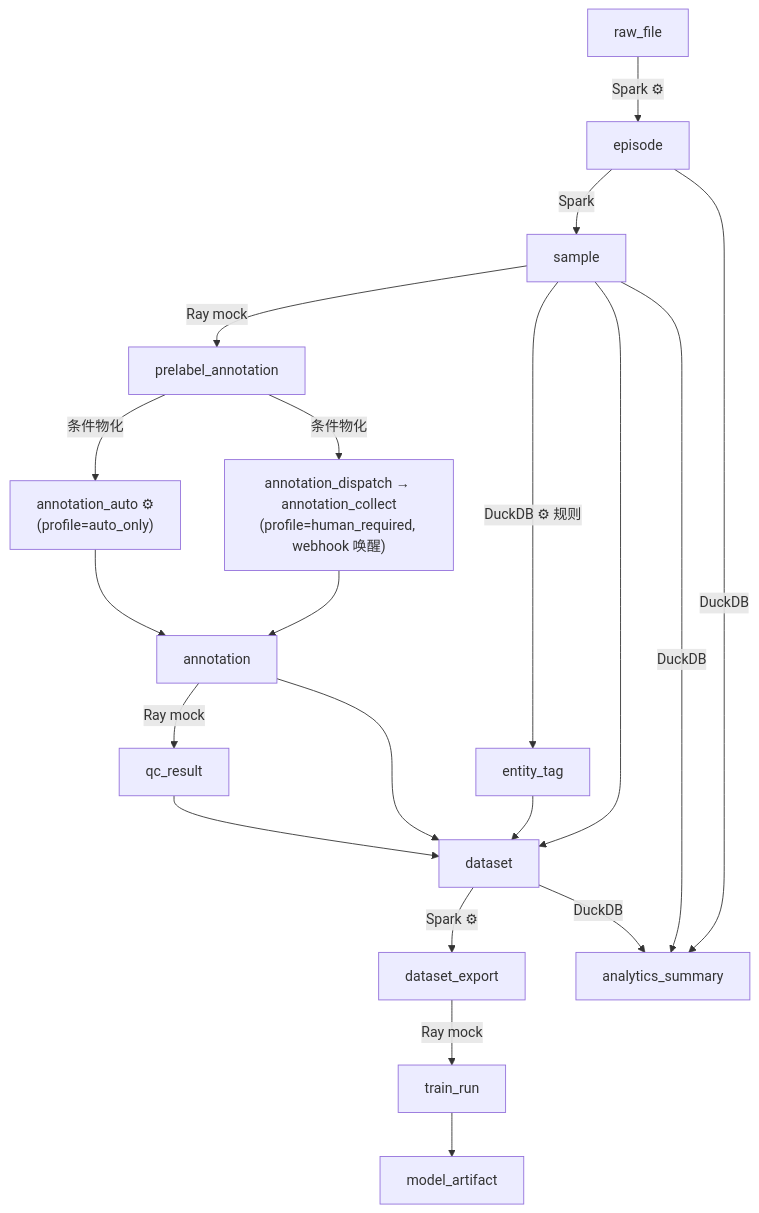
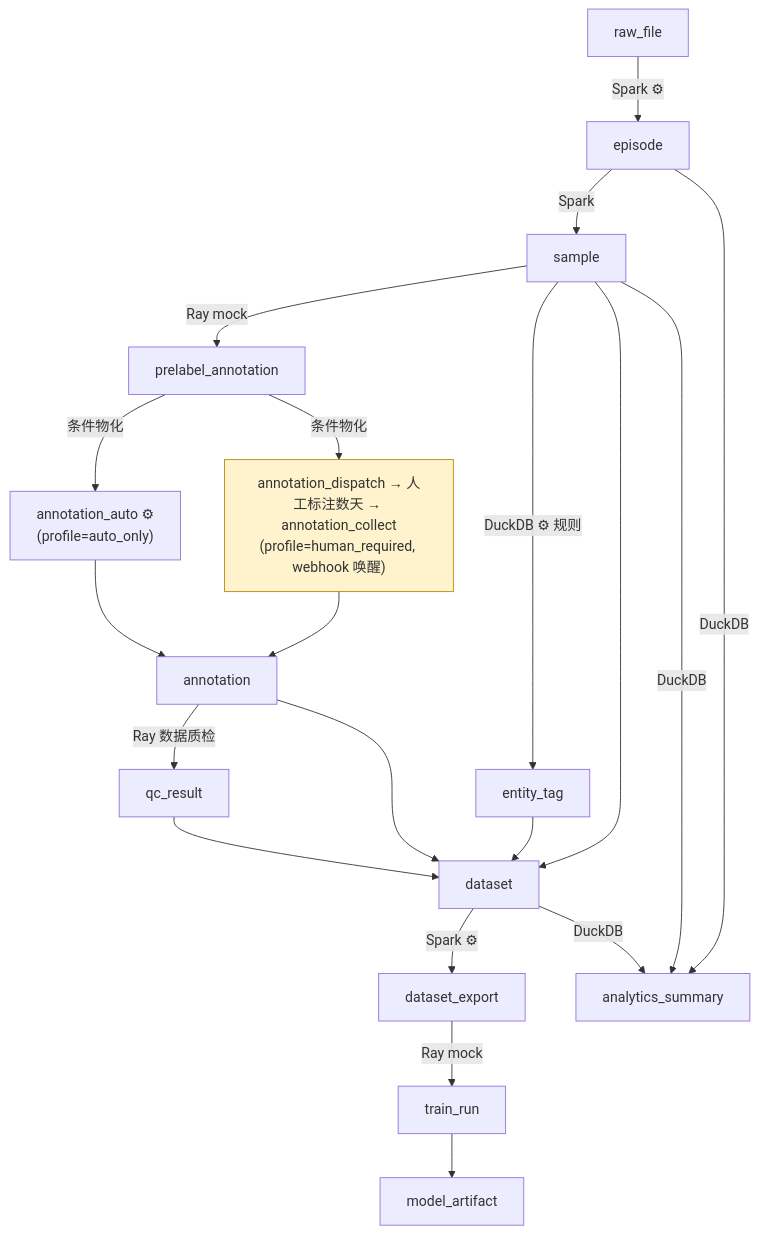
Before and after one commit to hxndg/edp: the sixth of 6 diagrams in README.md, drawn with Mermaid. The commit also changed other lines of this file and 30 other files, not shown here.

````diff
--- a/README.md
+++ b/README.md
@@ -381,22 +664,23 @@
 ```mermaid
 graph TD
     RAW[raw_file] -->|Spark ⚙| EP[episode]
     EP -->|Spark| SAMPLE[sample]
     SAMPLE -->|Ray mock| PRELABEL[prelabel_annotation]
     PRELABEL -->|条件物化| AUTO["annotation_auto ⚙<br/>(profile=auto_only)"]
-    PRELABEL -->|条件物化| DISPATCH["annotation_dispatch → annotation_collect<br/>(profile=human_required, webhook 唤醒)"]
+    PRELABEL -->|条件物化| DISPATCH["annotation_dispatch → 人工标注数天 → annotation_collect<br/>(profile=human_required, webhook 唤醒)"]
+    style DISPATCH fill:#fff3cd,stroke:#b8860b
     AUTO --> ANNO[annotation]
     DISPATCH --> ANNO
-    ANNO -->|Ray mock| QC[qc_result]
+    ANNO -->|Ray 数据质检| QC[qc_result]
     SAMPLE -->|DuckDB ⚙ 规则| TAG[entity_tag]
     SAMPLE --> DATASET
     ANNO --> DATASET
     QC --> DATASET
     TAG --> DATASET[dataset]
     DATASET -->|Spark ⚙| EXPORT[dataset_export]
     EXPORT -->|Ray mock| TRAIN[train_run]
     TRAIN --> ARTIFACT[model_artifact]
     EP -->|DuckDB| ANALYTICS[analytics_summary]
     SAMPLE -->|DuckDB| ANALYTICS
     DATASET -->|DuckDB| ANALYTICS
 ```
````
